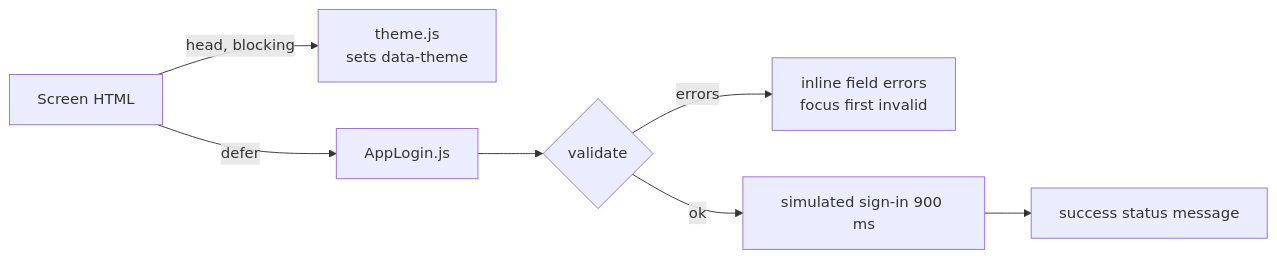
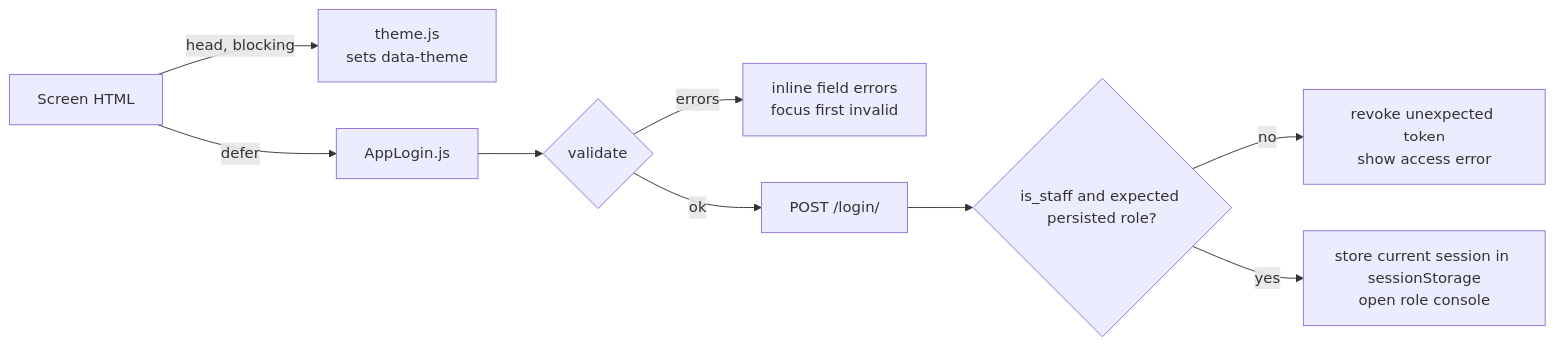
Before and after one commit to JhimmyFiggins/MetroDripJS: the diagram in Project Guidelines/Tech Stack Setup Guide.md, drawn with Mermaid. The commit also changed other lines of this file and 125 other files, not shown here.

````diff
--- a/Project Guidelines/Tech Stack Setup Guide.md
+++ b/Project Guidelines/Tech Stack Setup Guide.md
@@ -164,9 +225,11 @@
 ```mermaid
 flowchart LR
   A[Screen HTML] -->|head, blocking| B[theme.js<br/>sets data-theme]
   A -->|defer| C[AppLogin.js]
   C --> D{validate}
   D -->|errors| E[inline field errors<br/>focus first invalid]
-  D -->|ok| F[simulated sign-in 900 ms]
-  F --> G[success status message]
+  D -->|ok| F[POST /login/]
+  F --> H{is_staff and expected persisted role?}
+  H -->|no| I[revoke unexpected token<br/>show access error]
+  H -->|yes| G[store current session in sessionStorage<br/>open role console]
 ```
````
